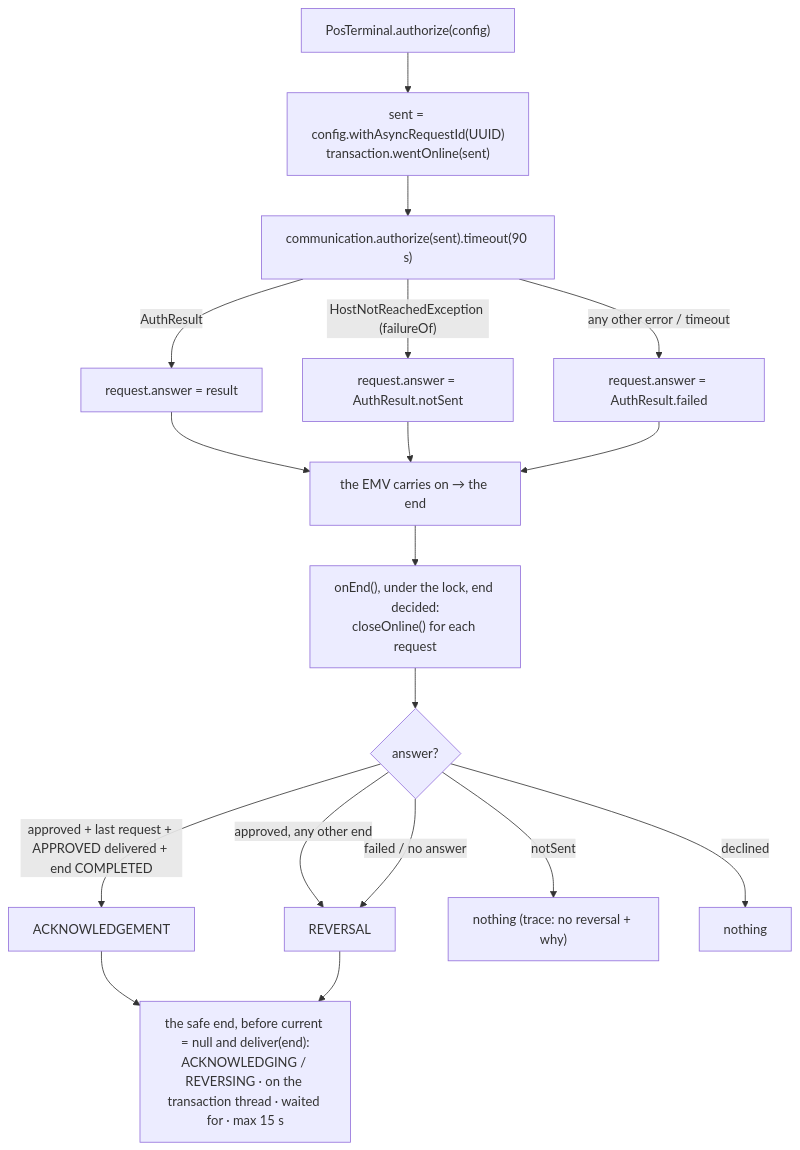
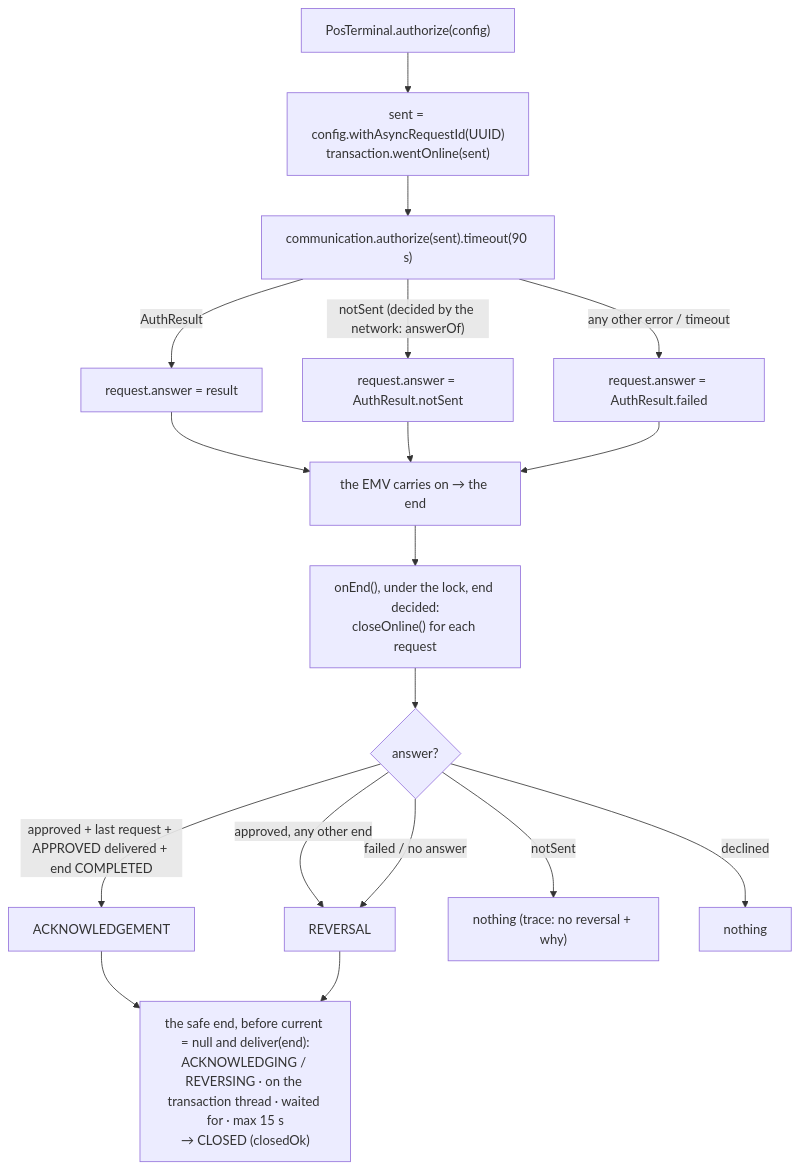
The third of 11 diagrams in doc/REFERENCE.md (berothomas33/esaylinkrefactor), drawn with Mermaid before and after one commit. The commit also changed other lines of this file, not shown here.

````diff
--- a/doc/REFERENCE.md
+++ b/doc/REFERENCE.md
@@ -445,17 +448,17 @@
 ```mermaid
 flowchart TD
   A["PosTerminal.authorize(config)"] --> N["sent = config.withAsyncRequestId(UUID)<br/>transaction.wentOnline(sent)"]
   N --> C["communication.authorize(sent).timeout(90 s)"]
   C -- "AuthResult" --> R["request.answer = result"]
-  C -- "HostNotReachedException (failureOf)" --> NS["request.answer = AuthResult.notSent"]
+  C -- "notSent (decided by the network: answerOf)" --> NS["request.answer = AuthResult.notSent"]
   C -- "any other error / timeout" --> F["request.answer = AuthResult.failed"]
   R & NS & F --> E["the EMV carries on → the end"]
   E --> CO["onEnd(), under the lock, end decided:<br/>closeOnline() for each request"]
   CO --> D{"answer?"}
   D -- "approved + last request + APPROVED delivered + end COMPLETED" --> ACK["ACKNOWLEDGEMENT"]
   D -- "approved, any other end" --> REV["REVERSAL"]
   D -- "failed / no answer" --> REV
   D -- "notSent" --> NO1["nothing (trace: no reversal + why)"]
   D -- "declined" --> NO2["nothing"]
-  ACK & REV --> FU["the safe end, before current = null and deliver(end):<br/>ACKNOWLEDGING / REVERSING · on the transaction thread · waited for · max 15 s"]
+  ACK & REV --> FU["the safe end, before current = null and deliver(end):<br/>ACKNOWLEDGING / REVERSING · on the transaction thread · waited for · max 15 s<br/>→ CLOSED (closedOk)"]
 ```
````
